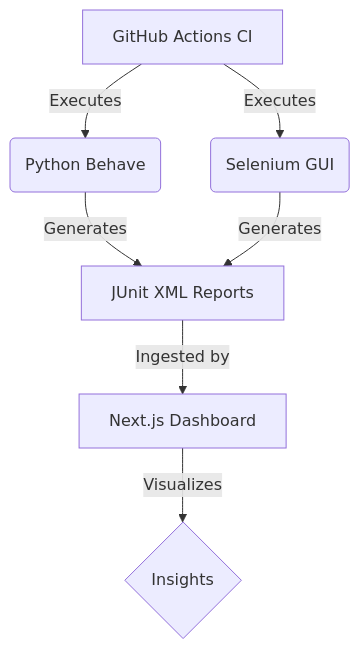
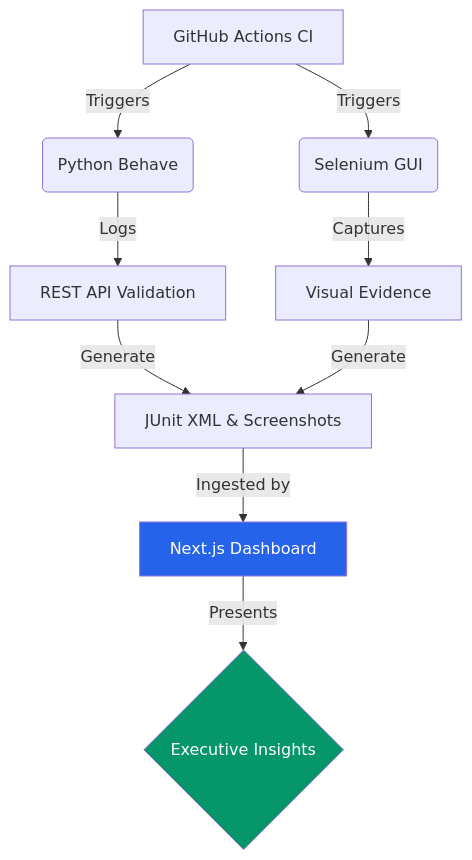
The diagram in README.md (carlos-camara/dashboard), drawn with Mermaid before and after one commit. The commit also changed other lines of this file and 7 other files, not shown here.

````diff
--- a/README.md
+++ b/README.md
@@ -75,9 +55,13 @@
 ```mermaid
 graph TD
-    A[GitHub Actions CI] -->|Executes| B(Python Behave)
-    A -->|Executes| C(Selenium GUI)
-    B -->|Generates| D[JUnit XML Reports]
-    C -->|Generates| D
-    D -->|Ingested by| E[Next.js Dashboard]
-    E -->|Visualizes| F{Insights}
+    A[GitHub Actions CI] -->|Triggers| B(Python Behave)
+    A -->|Triggers| C(Selenium GUI)
+    B -->|Logs| D[REST API Validation]
+    C -->|Captures| E[Visual Evidence]
+    D & E -->|Generate| F[JUnit XML & Screenshots]
+    F -->|Ingested by| G[Next.js Dashboard]
+    G -->|Presents| H{Executive Insights}
+    
+    style G fill:#2563eb,color:#fff
+    style H fill:#059669,color:#fff
 ```
````
